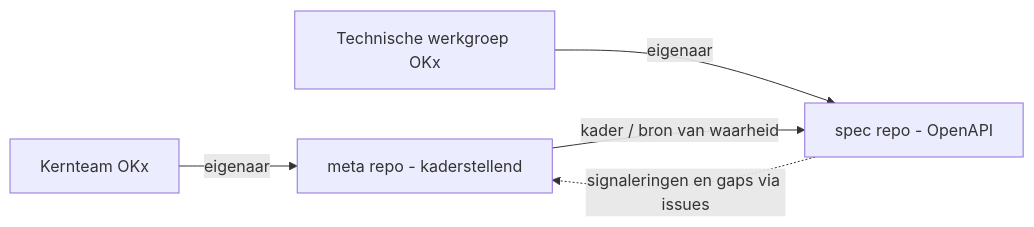
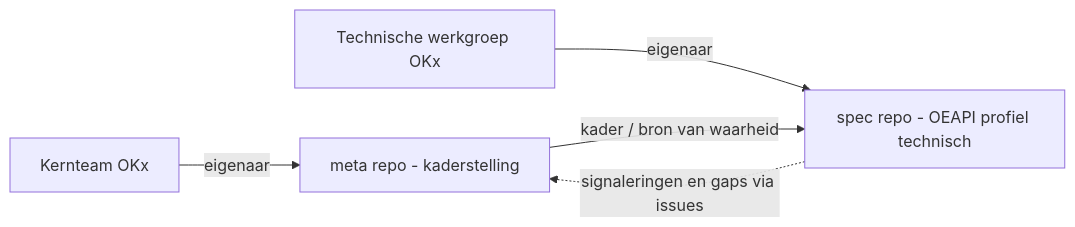
One commit to Npuls-OKx/meta changed the second of 7 diagrams in doc/OKx_Release-management-en-versionering.md. Above: the diagram before and after it, drawn with Mermaid. The commit also changed other lines of this file and 14 other files, not shown here.

````diff
--- a/doc/OKx_Release-management-en-versionering.md
+++ b/doc/OKx_Release-management-en-versionering.md
@@ -34,7 +97,7 @@
 ```mermaid
 flowchart LR
-  kernteam[Kernteam OKx] -->|eigenaar| metaRepo[meta repo - kaderstellend]
-  techwerkgroep[Technische werkgroep OKx] -->|eigenaar| specRepo[spec repo - OpenAPI]
+  kernteam[Kernteam OKx] -->|eigenaar| metaRepo[meta repo - kaderstelling]
+  techwerkgroep[Technische werkgroep OKx] -->|eigenaar| specRepo[spec repo - OEAPI profiel technisch]
   metaRepo -->|kader / bron van waarheid| specRepo
   specRepo -.->|signaleringen en gaps via issues| metaRepo
 ```
````
